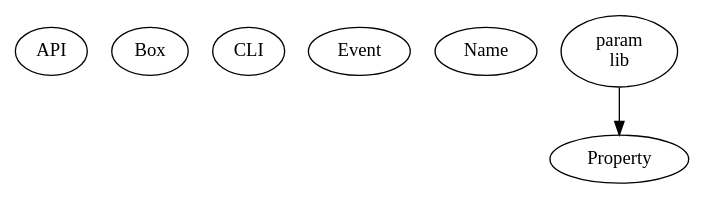
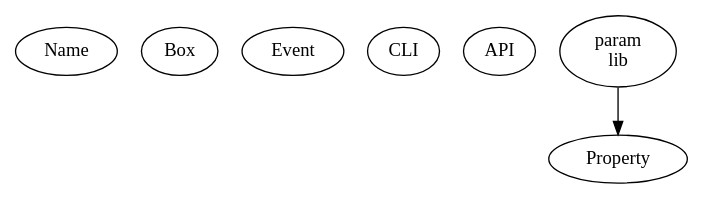
Before and after one commit to hipe/tmx: the diagram in lib/skylab/cull/doc/issues/003-list-of-things-we-want-to-cull.dot, drawn with Graphviz. The commit also changed 52 other files, not shown here.

```diff
--- a/lib/skylab/cull/doc/issues/003-list-of-things-we-want-to-cull.dot
+++ b/lib/skylab/cull/doc/issues/003-list-of-things-we-want-to-cull.dot
@@ -1,27 +1,26 @@
 digraph g {
 
 /*
 
 list of things we want to cull :[#003]
 
   + there are at leaast 3 ways to do API
   + there are at least 3 box libs
   + there are numerous CLI libs
   + there are numerous event base classes
   + there are two name libs
   + there are numerous param base classes
   + there are quite numerous param libs
 
 */
 
+  Name
+  Box
+  Event
+  CLI
   API
-  Box
-  CLI
-  Event
-  Name
   Property
   Param [ label="param\nlib" ]
-
   Param -> Property
 
 }
```
